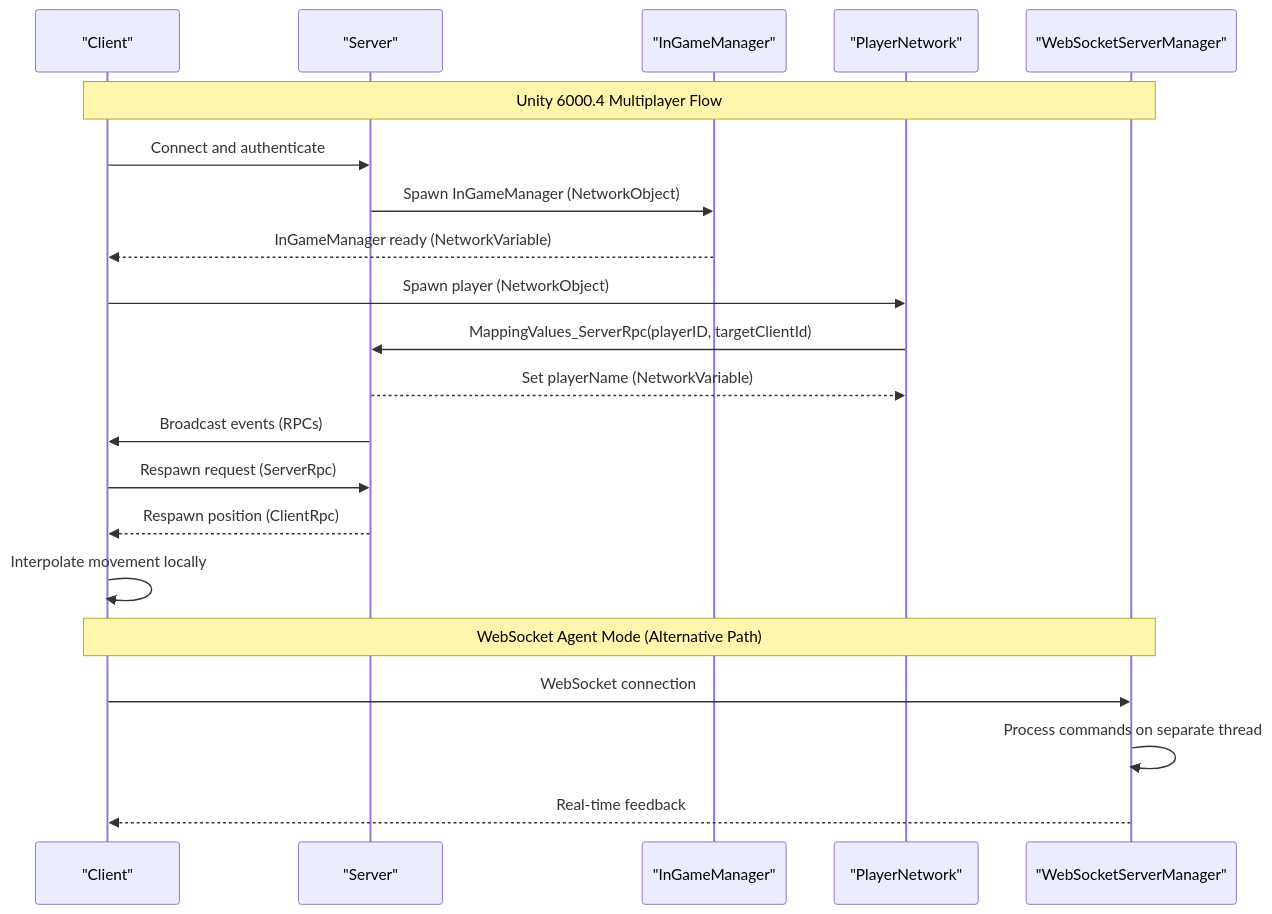
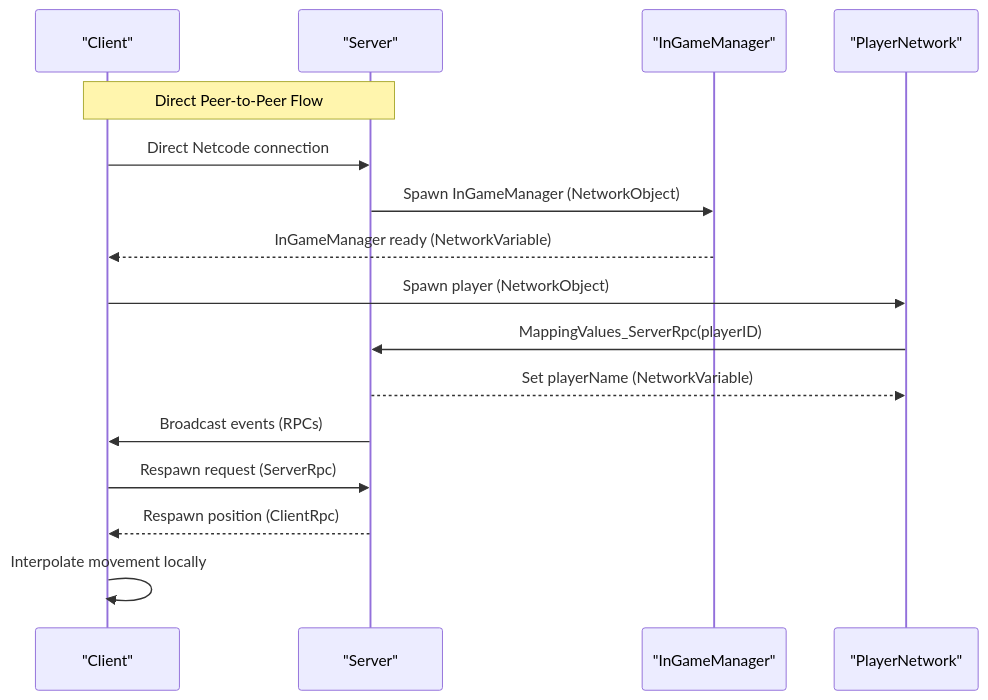
The second of 7 diagrams in .qoder/repowiki/en/content/Multiplayer System/Multiplayer System.md (kandeng/AI-Controlled-battle-game), drawn with Mermaid before and after one commit. The commit also changed other lines of this file and 6 other files, not shown here.

First line of the commit message:
Fix single-player mode - NetworkManager not starting

````diff
--- a/.qoder/repowiki/en/content/Multiplayer System/Multiplayer System.md
+++ b/.qoder/repowiki/en/content/Multiplayer System/Multiplayer System.md
@@ -150,23 +116,18 @@
 ```mermaid
 sequenceDiagram
 participant Client as "Client"
 participant Server as "Server"
 participant InGame as "InGameManager"
 participant Player as "PlayerNetwork"
-participant WS as "WebSocketServerManager"
-Note over Client,WS : Unity 6000.4 Multiplayer Flow
-Client->>Server : Connect and authenticate
+Note over Client,Server : Direct Peer-to-Peer Flow
+Client->>Server : Direct Netcode connection
 Server->>InGame : Spawn InGameManager (NetworkObject)
 InGame-->>Client : InGameManager ready (NetworkVariable)
 Client->>Player : Spawn player (NetworkObject)
-Player->>Server : MappingValues_ServerRpc(playerID, targetClientId)
+Player->>Server : MappingValues_ServerRpc(playerID)
 Server-->>Player : Set playerName (NetworkVariable)
 Server->>Client : Broadcast events (RPCs)
 Client->>Server : Respawn request (ServerRpc)
 Server-->>Client : Respawn position (ClientRpc)
 Client->>Client : Interpolate movement locally
-Note over Client,WS : WebSocket Agent Mode (Alternative Path)
-Client->>WS : WebSocket connection
-WS->>WS : Process commands on separate thread
-WS-->>Client : Real-time feedback
 ```
````
